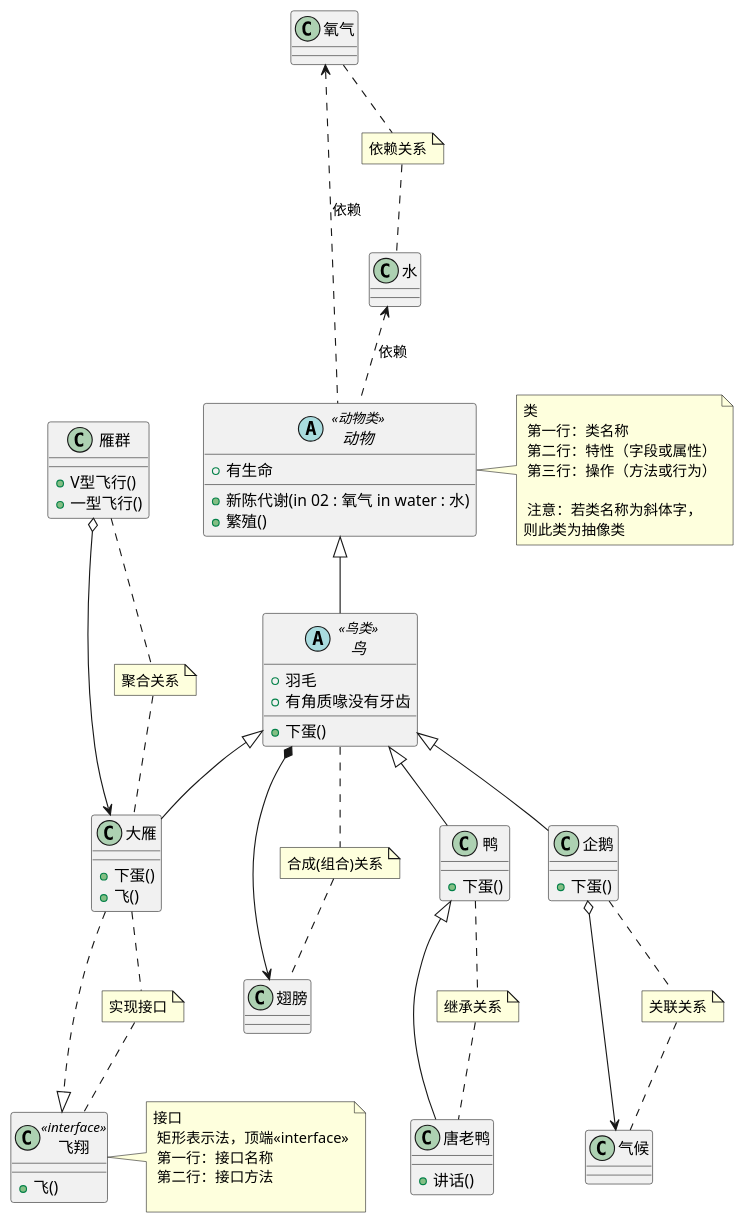
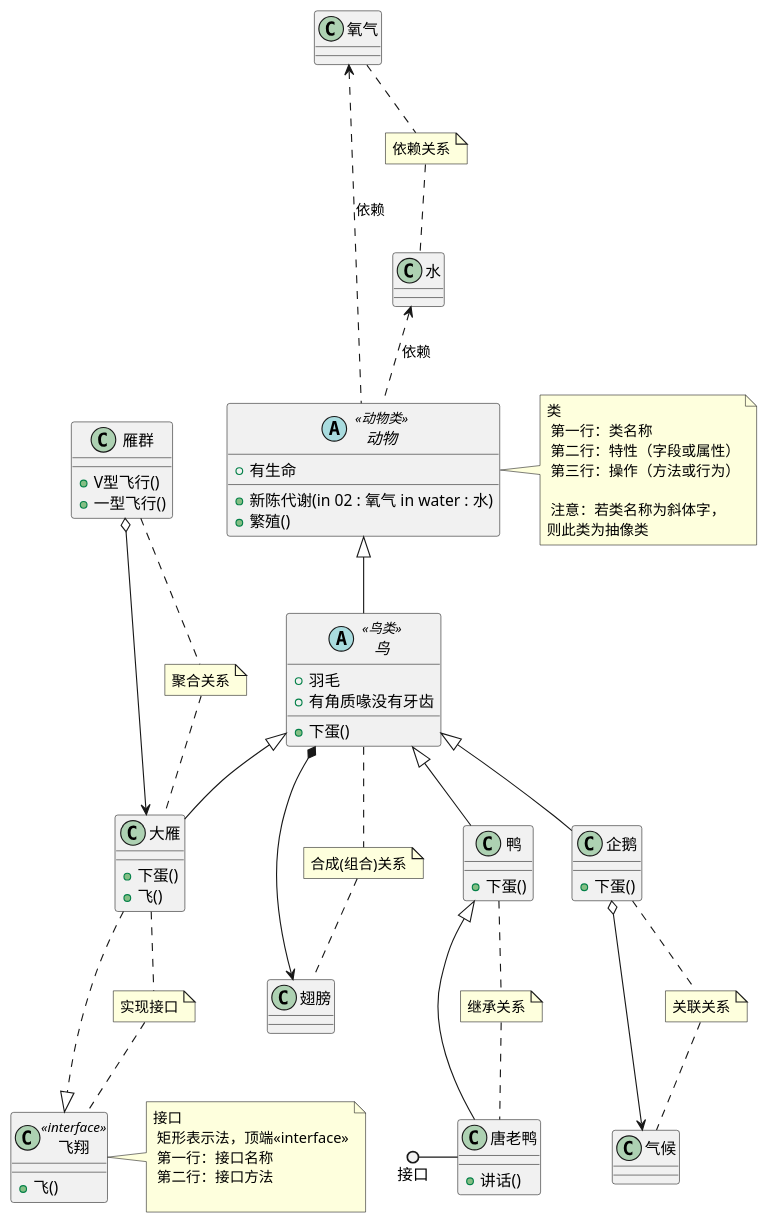
Before and after one commit to gerrywen/java-learn: the diagram in dahua-design/src/main/java/uml/UML类图Demo.puml, drawn with PlantUML. The commit also changed 11 other files, not shown here.

```diff
--- a/dahua-design/src/main/java/uml/UML类图Demo.puml
+++ b/dahua-design/src/main/java/uml/UML类图Demo.puml
@@ -1,99 +1,100 @@
 @startuml
 
 abstract class 动物<<动物类>> {
     + 有生命
     + 新陈代谢(in 02 : 氧气 in water : 水)
     + 繁殖()
 }
 
 class 氧气
 
 class 水
 
 
 氧气 <.. 动物 : 依赖
 水 <.. 动物 : 依赖
 
 
 
 note right of 动物 : 类\n 第一行：类名称\n 第二行：特性（字段或属性）\n 第三行：操作（方法或行为）\n\n 注意：若类名称为斜体字，\n则此类为抽像类
 note "依赖关系" as N1
 氧气 .. N1
 N1 .. 水
 
 
 
 abstract class 鸟<<鸟类>> {
     + 羽毛
     + 有角质喙没有牙齿
     + 下蛋()
 }
 
 class 翅膀
 
 鸟 *--> 翅膀
 动物 <|-- 鸟
 
 note "合成(组合)关系" as N2
 鸟 .. N2
 N2 .. 翅膀
 
 
 class 大雁{
     + 下蛋()
     + 飞()
 }
 class 鸭{
     + 下蛋()
 }
 class 企鹅{
     + 下蛋()
 }
 
 鸟 <|-- 大雁
 鸟 <|-- 鸭
 鸟 <|-- 企鹅
 
 class 雁群{
     + V型飞行()
     + 一型飞行()
 }
 
 class 气候
 
 雁群 o--> 大雁
 企鹅 o--> 气候
 
 note "聚合关系" as N3
 雁群 .. N3
 N3 .. 大雁
 
 note "关联关系" as N4
 企鹅 .. N4
 N4 .. 气候
 
 class 飞翔<<interface>> {
     + 飞()
 }
 
 大雁 ..|> 飞翔
 
 note "实现接口" as N5
 大雁 .. N5
 N5 .. 飞翔
 
 note right of 飞翔 : 接口\n 矩形表示法，顶端<<interface>>\n 第一行：接口名称\n 第二行：接口方法\n
 
 
 class 唐老鸭{
     + 讲话()
 }
 
 鸭 <|-- 唐老鸭
+接口 ()- 唐老鸭
 
 note "继承关系" as N6
 鸭 .. N6
 N6 .. 唐老鸭
 
 
 @enduml
```
